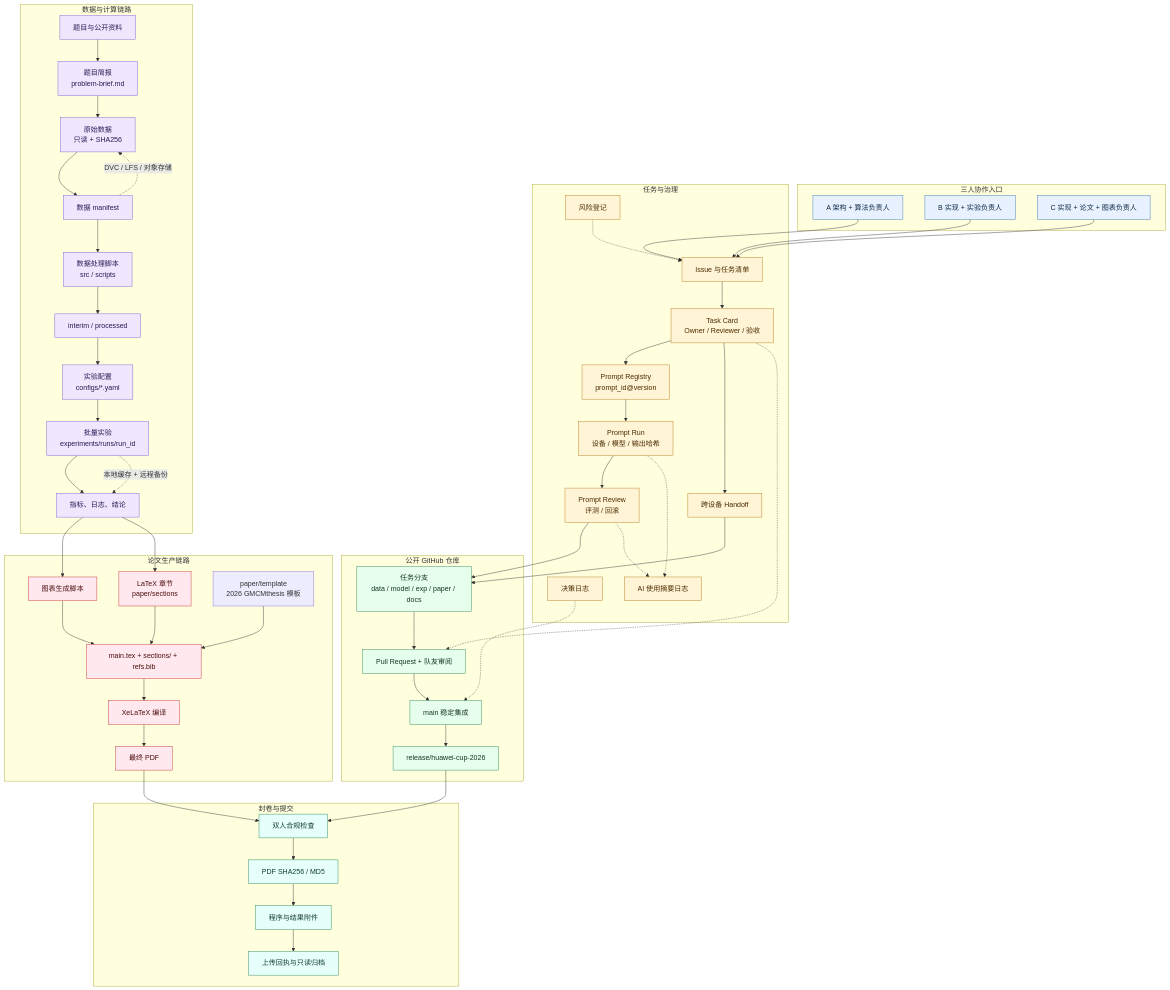
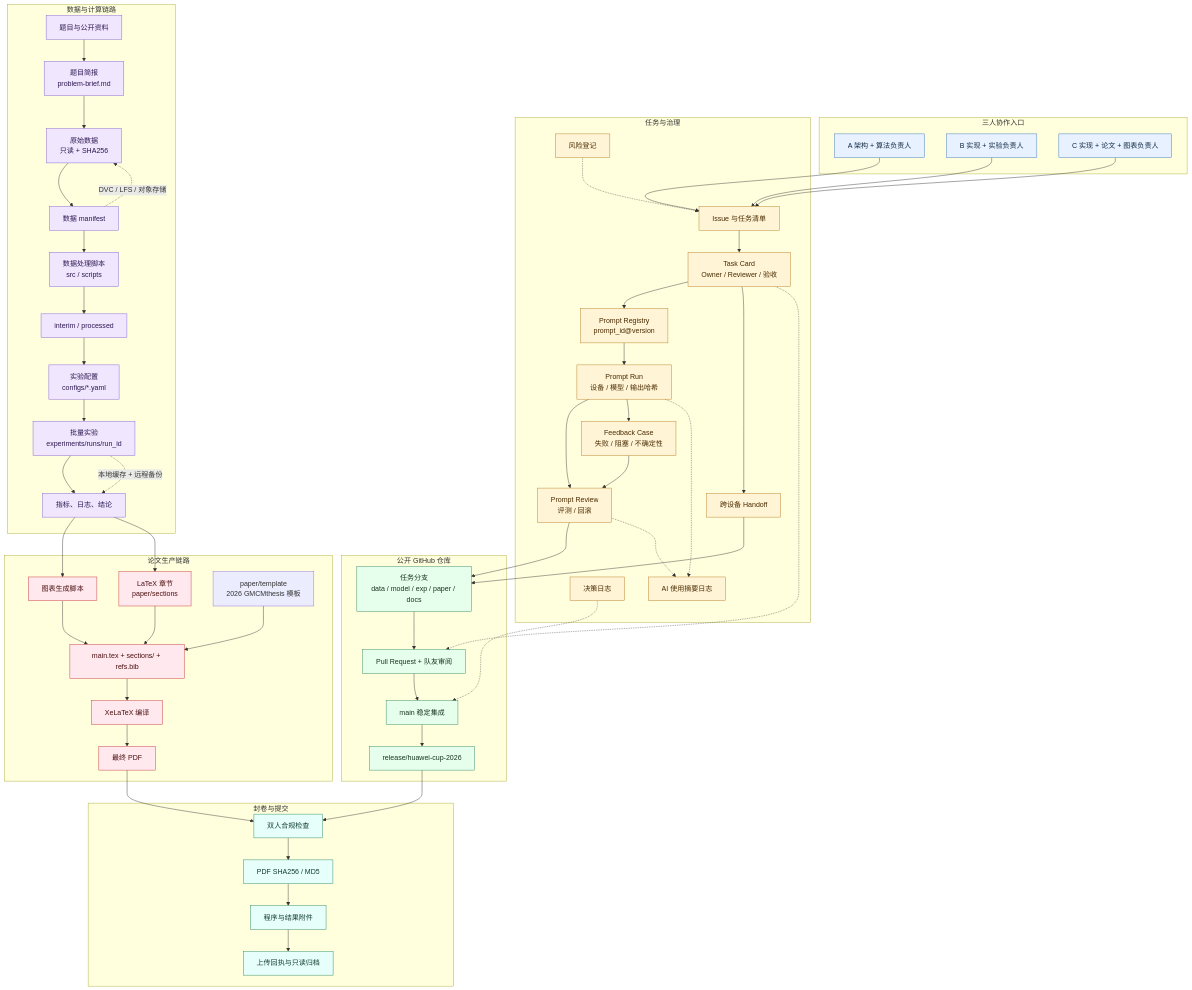
One commit to 2971793671-lgtm/huawei-cup-2026-team changed the diagram in docs/architecture-flow.mmd. Above: the diagram before and after it, drawn with Mermaid. The commit also changed 21 other files, not shown here.

Commit message:
docs: add feedback case governance

```diff
--- a/docs/architecture-flow.mmd
+++ b/docs/architecture-flow.mmd
@@ -1,109 +1,112 @@
 flowchart TB
     subgraph TEAM[三人协作入口]
         A[A 架构 + 算法负责人]
         B[B 实现 + 实验负责人]
         C[C 实现 + 论文 + 图表负责人]
     end
 
     subgraph CONTROL[任务与治理]
         ISSUE[Issue 与任务清单]
         TASK[Task Card<br/>Owner / Reviewer / 验收]
         PROMPT[Prompt Registry<br/>prompt_id@version]
         PRUN[Prompt Run<br/>设备 / 模型 / 输出哈希]
         REVIEW[Prompt Review<br/>评测 / 回滚]
+        FEEDBACK[Feedback Case<br/>失败 / 阻塞 / 不确定性]
         DECISION[决策日志]
         AI[AI 使用摘要日志]
         HANDOFF[跨设备 Handoff]
         RISK[风险登记]
     end
 
     subgraph GIT[公开 GitHub 仓库]
         MAIN[main 稳定集成]
         BRANCH[任务分支<br/>data / model / exp / paper / docs]
         PR[Pull Request + 队友审阅]
         RELEASE[release/huawei-cup-2026]
     end
 
     subgraph DATA[数据与计算链路]
         PROBLEM[题目与公开资料]
         BRIEF[题目简报<br/>problem-brief.md]
         RAW[原始数据<br/>只读 + SHA256]
         MANIFEST[数据 manifest]
         PIPELINE[数据处理脚本<br/>src / scripts]
         CLEAN[interim / processed]
         CONFIG[实验配置<br/>configs/*.yaml]
         RUN[批量实验<br/>experiments/runs/run_id]
         METRIC[指标、日志、结论]
     end
 
     subgraph PAPER[论文生产链路]
         FIG[图表生成脚本]
         SECTIONS[LaTeX 章节<br/>paper/sections]
         MAIN_TEX[main.tex + sections/ + refs.bib]
         TEMPLATE[paper/template<br/>2026 GMCMthesis 模板]
         XELATEX[XeLaTeX 编译]
         PDF[最终 PDF]
     end
 
     subgraph SUBMIT[封卷与提交]
         CHECK[双人合规检查]
         HASH[PDF SHA256 / MD5]
         ATTACH[程序与结果附件]
         RECEIPT[上传回执与只读归档]
     end
 
     A --> ISSUE
     B --> ISSUE
     C --> ISSUE
     ISSUE --> TASK
     TASK --> PROMPT
     PROMPT --> PRUN
     PRUN --> REVIEW
+    PRUN --> FEEDBACK
+    FEEDBACK --> REVIEW
     REVIEW --> BRANCH
     TASK --> HANDOFF
     HANDOFF --> BRANCH
     BRANCH --> PR
     PR --> MAIN
     MAIN --> RELEASE
     DECISION -.-> MAIN
     PRUN -.-> AI
     REVIEW -.-> AI
     TASK -.-> PR
     RISK -.-> ISSUE
 
     PROBLEM --> BRIEF
     BRIEF --> RAW
     RAW --> MANIFEST
     MANIFEST --> PIPELINE
     PIPELINE --> CLEAN
     CLEAN --> CONFIG
     CONFIG --> RUN
     RUN --> METRIC
     METRIC --> FIG
     METRIC --> SECTIONS
     FIG --> MAIN_TEX
     SECTIONS --> MAIN_TEX
     TEMPLATE --> MAIN_TEX
     MAIN_TEX --> XELATEX
     XELATEX --> PDF
 
     PDF --> CHECK
     RELEASE --> CHECK
     CHECK --> HASH
     HASH --> ATTACH
     ATTACH --> RECEIPT
     MANIFEST -.DVC / LFS / 对象存储.-> RAW
     RUN -.本地缓存 + 远程备份.-> METRIC
 
     classDef person fill:#e8f1ff,stroke:#3973b8,color:#102a43;
     classDef control fill:#fff4d6,stroke:#b7791f,color:#4a2c00;
     classDef repo fill:#e6ffed,stroke:#2f855a,color:#17351f;
     classDef data fill:#f0e7ff,stroke:#805ad5,color:#2d174f;
     classDef paper fill:#ffe8ee,stroke:#c53030,color:#4a1010;
     classDef submit fill:#e6fffa,stroke:#25855a,color:#123c32;
     class A,B,C person;
-    class ISSUE,TASK,PROMPT,PRUN,REVIEW,DECISION,AI,HANDOFF,RISK control;
+    class ISSUE,TASK,PROMPT,PRUN,REVIEW,FEEDBACK,DECISION,AI,HANDOFF,RISK control;
     class MAIN,BRANCH,PR,RELEASE repo;
     class PROBLEM,BRIEF,RAW,MANIFEST,PIPELINE,CLEAN,CONFIG,RUN,METRIC data;
     class FIG,SECTIONS,MAIN_TEX,XELATEX,PDF paper;
     class CHECK,HASH,ATTACH,RECEIPT submit;
```
